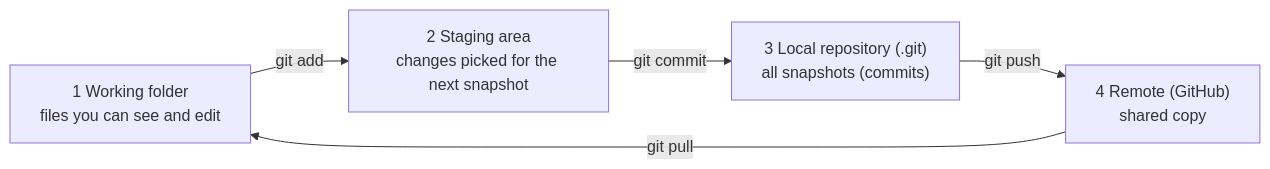
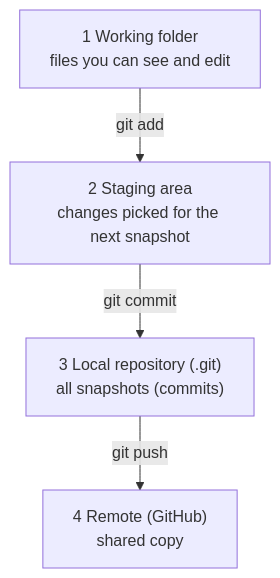
One commit to GibbonGambits/PGE-PBIP-Template changed the diagram in guide/images/src/03-2-three-places.mmd. Above: the diagram before and after it, drawn with Mermaid. The commit also changed 36 other files, not shown here.

First line of the commit message:
docs(guide): redraw section 00-03 diagrams to one-direction, split large ones

```diff
--- a/guide/images/src/03-2-three-places.mmd
+++ b/guide/images/src/03-2-three-places.mmd
@@ -1,9 +1,8 @@
-flowchart LR
+flowchart TB
   WD["1 Working folder<br/>files you can see and edit"]:::a
   ST["2 Staging area<br/>changes picked for the next snapshot"]:::n
   RP["3 Local repository (.git)<br/>all snapshots (commits)"]:::g
   RM["4 Remote (GitHub)<br/>shared copy"]:::ext
   WD -- "git add" --> ST
   ST -- "git commit" --> RP
   RP -- "git push" --> RM
-  RM -- "git pull" --> WD
```
